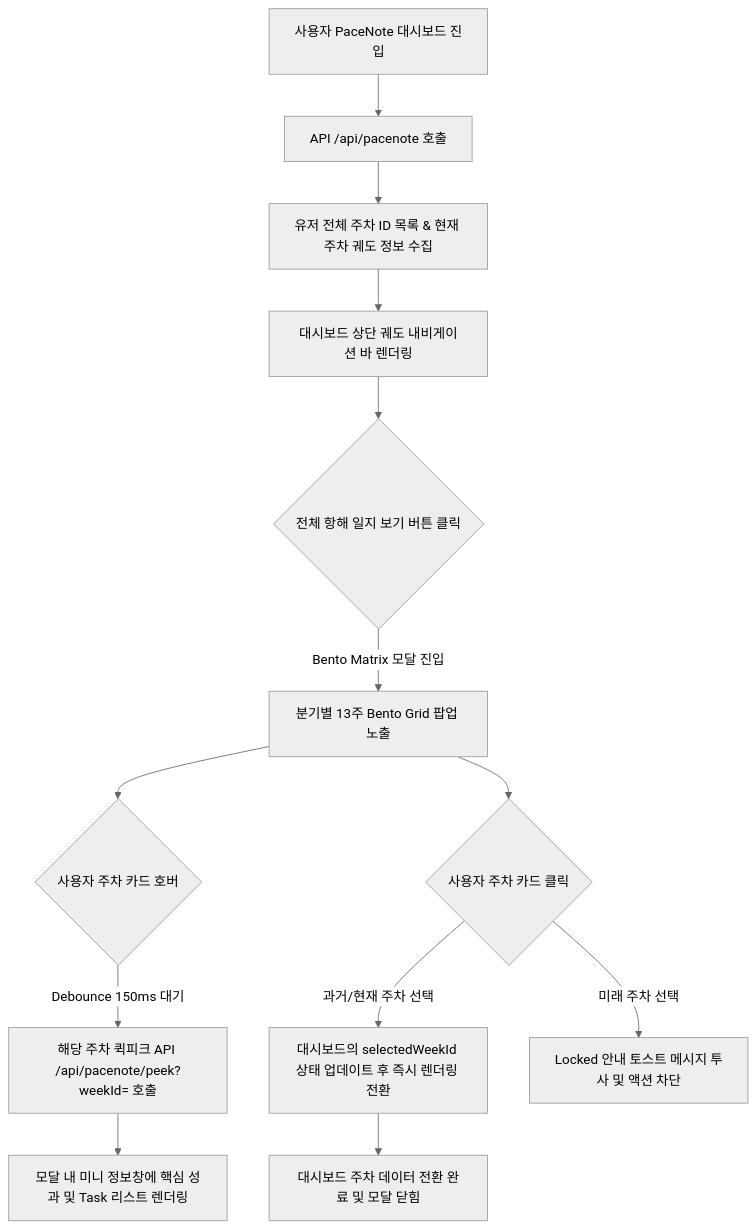
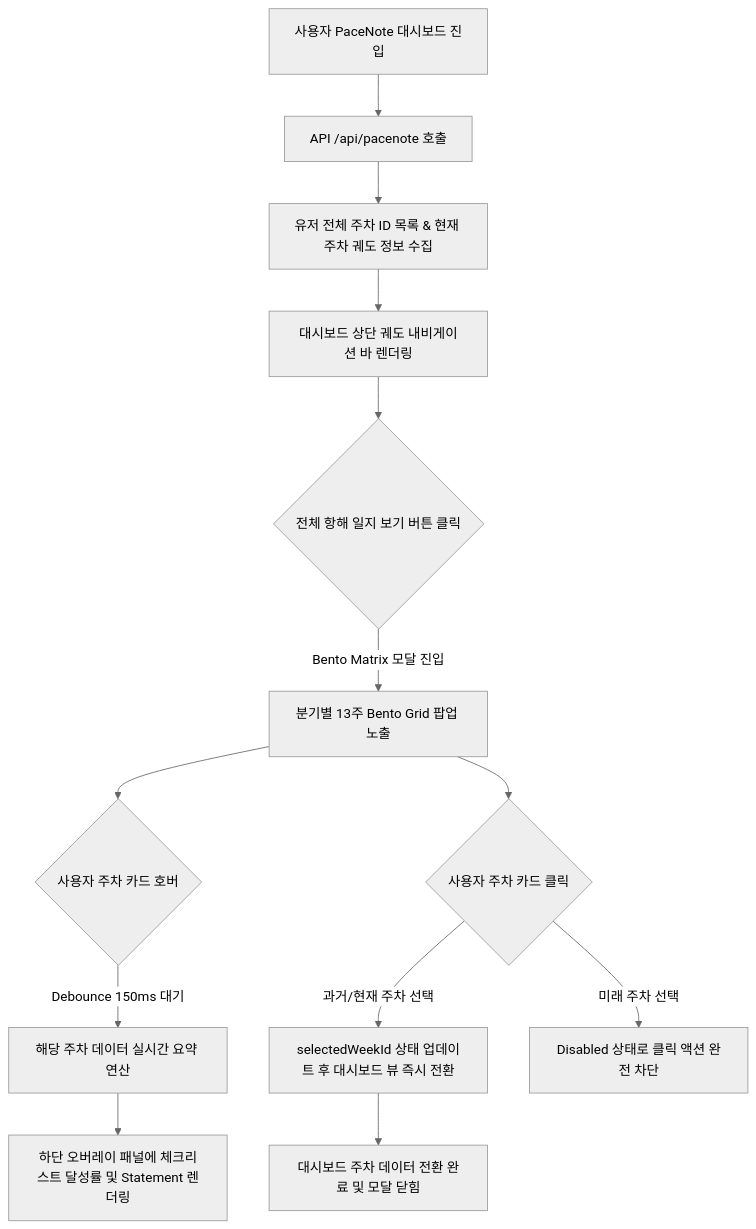
The diagram in docs/design/PriSincera_PaceNote_Calendar_UI.md (matthewshim/PriSincera), drawn with Mermaid (neutral theme) before and after one commit. The commit also changed other lines of this file and 2 other files, not shown here.

Commit message:
docs: update daily and pacenote calendar specs to implemented status

````diff
--- a/docs/design/PriSincera_PaceNote_Calendar_UI.md
+++ b/docs/design/PriSincera_PaceNote_Calendar_UI.md
@@ -112,19 +41,19 @@
 ```mermaid
 graph TD
     A[사용자 PaceNote 대시보드 진입] --> B[API /api/pacenote 호출]
     B --> C[유저 전체 주차 ID 목록 & 현재 주차 궤도 정보 수집]
     C --> D[대시보드 상단 궤도 내비게이션 바 렌더링]
     
     D --> E{전체 항해 일지 보기 버튼 클릭}
     E -->|Bento Matrix 모달 진입| F[분기별 13주 Bento Grid 팝업 노출]
     
     F --> G{사용자 주차 카드 호버}
-    G -->|Debounce 150ms 대기| H[해당 주차 퀵피크 API /api/pacenote/peek?weekId= 호출]
-    H --> I[모달 내 미니 정보창에 핵심 성과 및 Task 리스트 렌더링]
+    G -->|Debounce 150ms 대기| H[해당 주차 데이터 실시간 요약 연산]
+    H --> I[하단 오버레이 패널에 체크리스트 달성률 및 Statement 렌더링]
     
     F --> J{사용자 주차 카드 클릭}
-    J -->|과거/현재 주차 선택| K[대시보드의 selectedWeekId 상태 업데이트 후 즉시 렌더링 전환]
-    J -->|미래 주차 선택| L[Locked 안내 토스트 메시지 투사 및 액션 차단]
+    J -->|과거/현재 주차 선택| K[selectedWeekId 상태 업데이트 후 대시보드 뷰 즉시 전환]
+    J -->|미래 주차 선택| L[Disabled 상태로 클릭 액션 완전 차단]
     
     K --> M[대시보드 주차 데이터 전환 완료 및 모달 닫힘]
 ```
````
